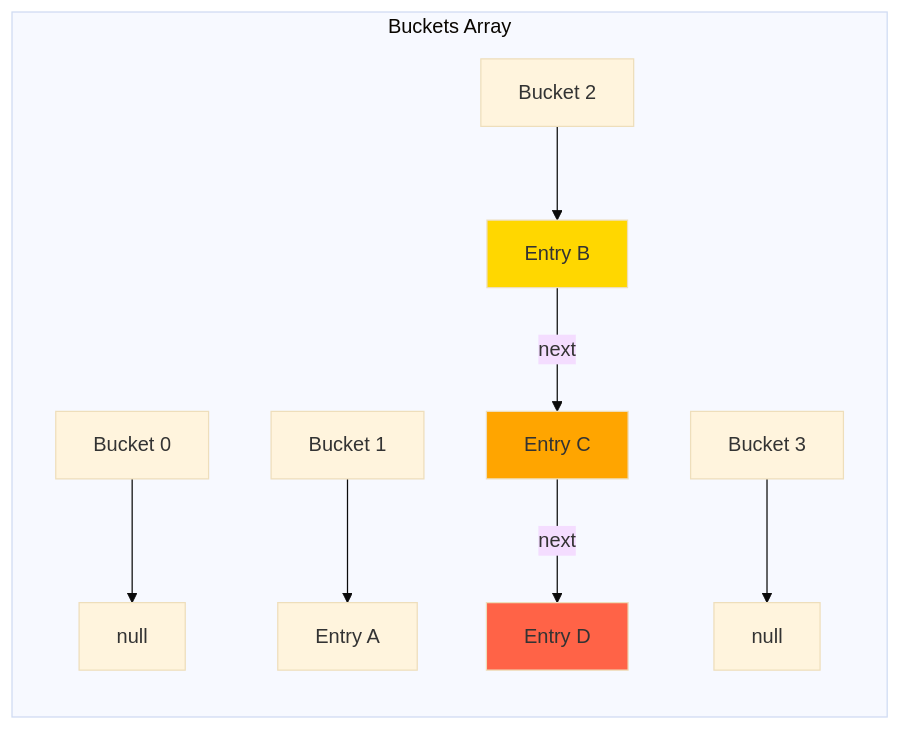
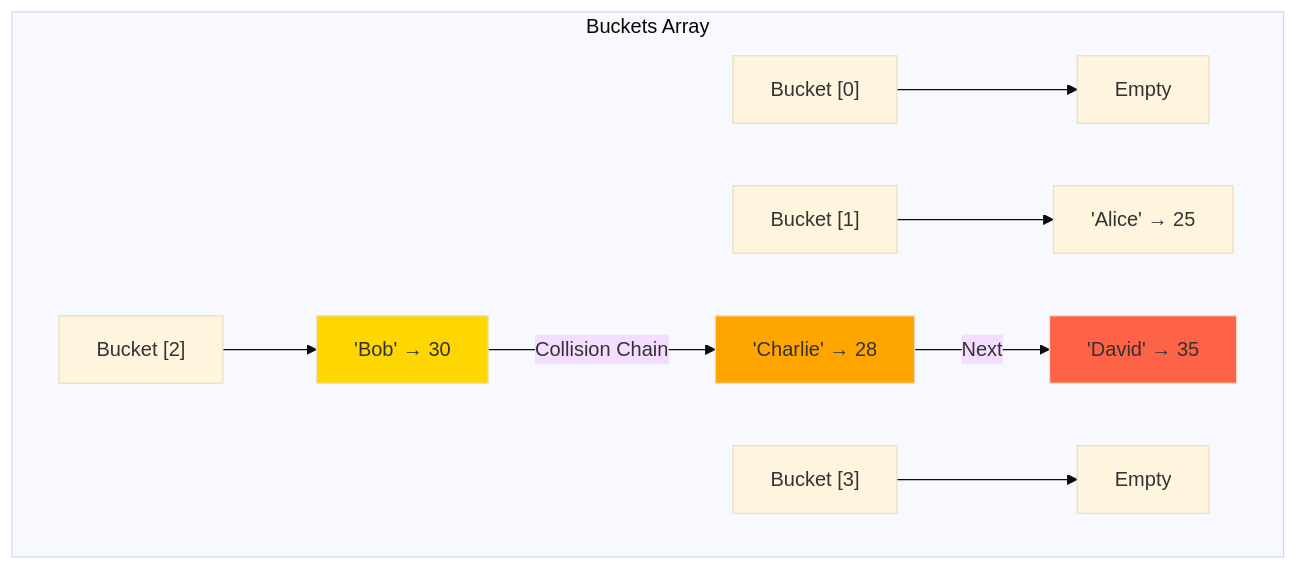
One commit to NguyenPhamCode4You/ai-home-lab-docker-compose changed the fifth of 5 diagrams in C# fundamentals/day07-collections.md. Above: the diagram before and after it, drawn with Mermaid (base theme). The commit also changed other lines of this file, not shown here.

````diff
--- a/C# fundamentals/day07-collections.md
+++ b/C# fundamentals/day07-collections.md
@@ -357,15 +413,15 @@
 ```mermaid
-graph LR
+graph TB
     subgraph "Buckets Array"
-        B0[Bucket 0] --> N1[null]
-        B1[Bucket 1] --> E1[Entry A]
-        B2[Bucket 2] --> E2[Entry B]
-        E2 -->|next| E3[Entry C]
-        E3 -->|next| E4[Entry D]
-        B3[Bucket 3] --> N2[null]
+        B0["Bucket [0]"] --> N1[Empty]
+        B1["Bucket [1]"] --> E1["'Alice' → 25"]
+        B2["Bucket [2]"] --> E2["'Bob' → 30"]
+        E2 -->|Collision Chain| E3["'Charlie' → 28"]
+        E3 -->|Next| E4["'David' → 35"]
+        B3["Bucket [3]"] --> N2[Empty]
     end
 
     style E2 fill:#FFD700
     style E3 fill:#FFA500
     style E4 fill:#FF6347
 ```
````
